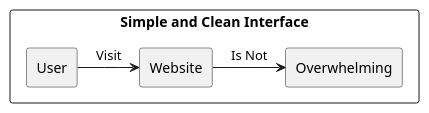
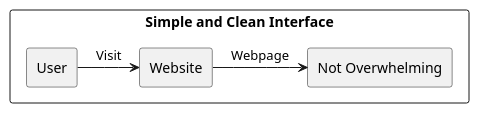
One commit to USI-MSDE-SA-2022/software-architecture-model-tommi27 changed the sixth of 12 diagrams in src/sa/model/index.md. Above: the diagram before and after it, drawn with PlantUML. The commit also changed other lines of this file and 6 other files, not shown here.

````diff
--- a/src/sa/model/index.md
+++ b/src/sa/model/index.md
@@ -394,20 +394,20 @@
 ```puml
 @startuml
 
 skinparam componentStyle rectangle
 skinparam monochrome true
 skinparam shadowing false
 
 rectangle "Simple and Clean Interface" {
 
 rectangle "User" as Source
-rectangle "Overwhelming" as Measure
+rectangle "Not Overwhelming" as Measure
 
 Source -> [Website] : "Visit"
 
-[Website] -> [Measure] : "Is Not"
+[Website] -> [Measure] : "Webpage"
 
 }
 
 @enduml
 ```
````
